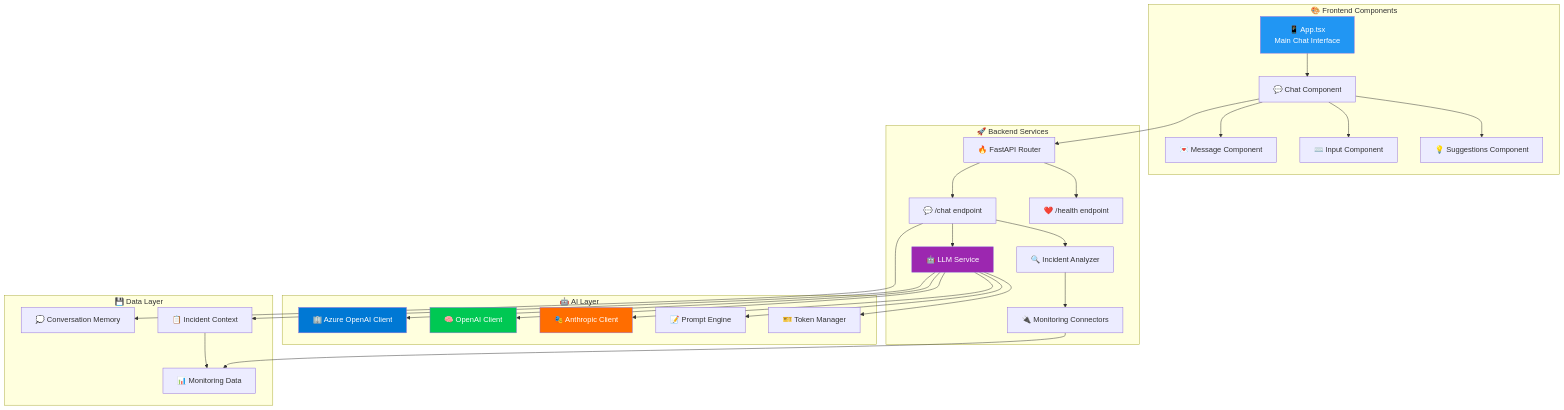
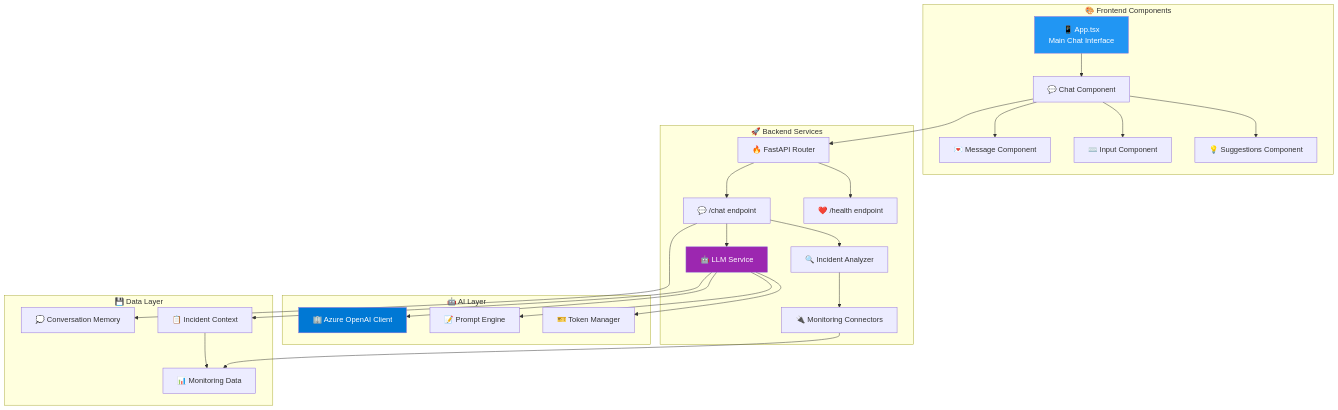
One commit to WatkinsGreen/chatter changed the eighth of 9 diagrams in docs/architecture-diagrams.md. Above: the diagram before and after it, drawn with Mermaid. The commit also changed other lines of this file and 6 other files, not shown here.

````diff
--- a/docs/architecture-diagrams.md
+++ b/docs/architecture-diagrams.md
@@ -278,64 +271,58 @@
 ```mermaid
 graph TB
     subgraph "🎨 Frontend Components"
         App[📱 App.tsx<br/>Main Chat Interface]
         Chat[💬 Chat Component]
         Message[💌 Message Component]
         Input[⌨️ Input Component]
         Suggestions[💡 Suggestions Component]
     end
     
     subgraph "🚀 Backend Services"
         FastAPI[🔥 FastAPI Router]
         ChatEndpoint[💬 /chat endpoint]
         HealthEndpoint[❤️ /health endpoint]
         LLMService[🤖 LLM Service]
         IncidentAnalyzer[🔍 Incident Analyzer]
         Connectors[🔌 Monitoring Connectors]
     end
     
     subgraph "🤖 AI Layer"
         AzureClient[🏢 Azure OpenAI Client]
-        OpenAIClient[🧠 OpenAI Client]
-        AnthropicClient[🎭 Anthropic Client]
         PromptEngine[📝 Prompt Engine]
         TokenManager[🎫 Token Manager]
     end
     
     subgraph "💾 Data Layer"
         ConversationMemory[💭 Conversation Memory]
         IncidentContext[📋 Incident Context]
         MonitoringData[📊 Monitoring Data]
     end
     
     App --> Chat
     Chat --> Message
     Chat --> Input
     Chat --> Suggestions
     
     Chat --> FastAPI
     FastAPI --> ChatEndpoint
     FastAPI --> HealthEndpoint
     
     ChatEndpoint --> LLMService
     ChatEndpoint --> IncidentAnalyzer
     ChatEndpoint --> ConversationMemory
     
     LLMService --> AzureClient
-    LLMService --> OpenAIClient
-    LLMService --> AnthropicClient
     LLMService --> PromptEngine
     LLMService --> TokenManager
     
     IncidentAnalyzer --> Connectors
     Connectors --> MonitoringData
     
     LLMService --> IncidentContext
     IncidentContext --> MonitoringData
     
     style App fill:#2196f3,color:#fff
     style LLMService fill:#9c27b0,color:#fff
     style AzureClient fill:#0078d4,color:#fff
-    style OpenAIClient fill:#00c853,color:#fff
-    style AnthropicClient fill:#ff6d00,color:#fff
 ```
````
